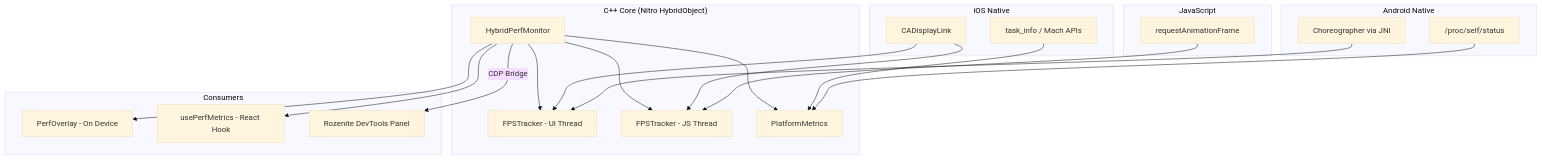
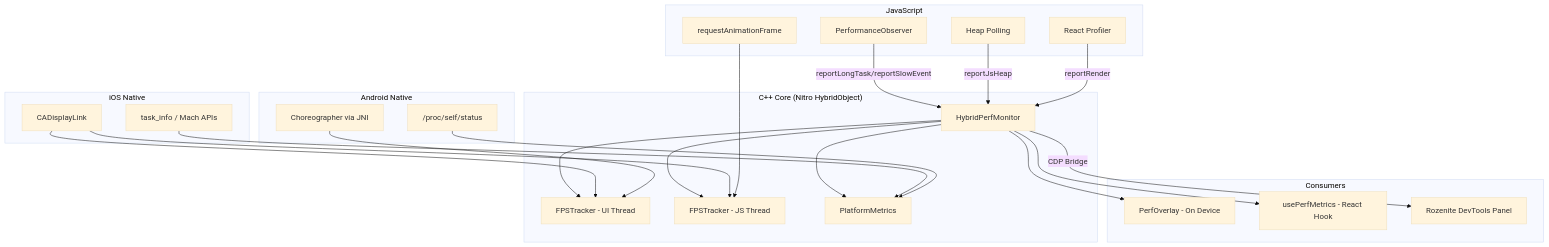
Before and after one commit to nitro-perf-devtools/react-native-nitro-perf-devtools: the diagram in docs/docs/intro.md, drawn with Mermaid (base theme). The commit also changed other lines of this file and 5 other files, not shown here.

First line of the commit message:
Add Free Palestine banner and document new architecture metrics

````diff
--- a/docs/docs/intro.md
+++ b/docs/docs/intro.md
@@ -22,42 +22,48 @@
 ```mermaid
 graph TB
     subgraph CPP["C++ Core (Nitro HybridObject)"]
         HM["HybridPerfMonitor"]
         FPS1["FPSTracker - UI Thread"]
         FPS2["FPSTracker - JS Thread"]
         PM["PlatformMetrics"]
         HM --> FPS1
         HM --> FPS2
         HM --> PM
     end
 
     subgraph IOS["iOS Native"]
         CDL["CADisplayLink"]
         TI["task_info / Mach APIs"]
         CDL --> FPS1
         CDL --> FPS2
         TI --> PM
     end
 
     subgraph ANDROID["Android Native"]
         CH["Choreographer via JNI"]
         PROC["/proc/self/status"]
         CH --> FPS1
         PROC --> PM
     end
 
     subgraph JS["JavaScript"]
         RAF["requestAnimationFrame"]
+        OBS["PerformanceObserver"]
+        HEAP["Heap Polling"]
+        PROF["React Profiler"]
         RAF --> FPS2
+        OBS -->|"reportLongTask/reportSlowEvent"| HM
+        HEAP -->|"reportJsHeap"| HM
+        PROF -->|"reportRender"| HM
     end
 
     subgraph CONSUMERS["Consumers"]
         OV["PerfOverlay - On Device"]
         HOOK["usePerfMetrics - React Hook"]
         DT["Rozenite DevTools Panel"]
     end
 
     HM --> OV
     HM --> HOOK
     HM -->|"CDP Bridge"| DT
 ```
````
